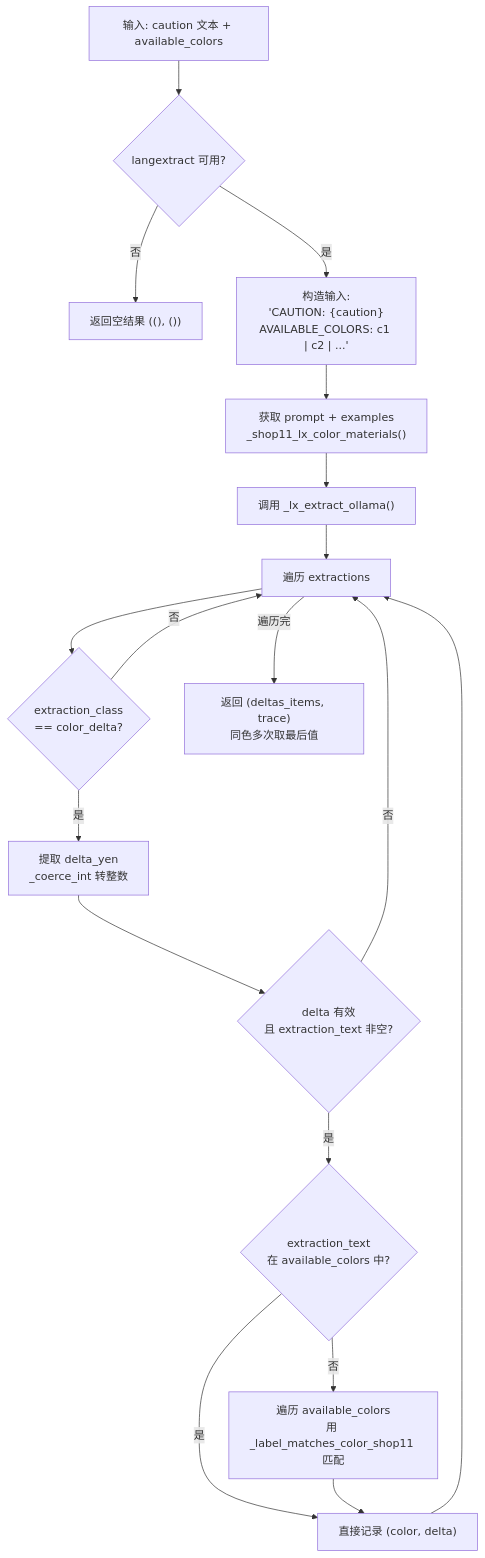
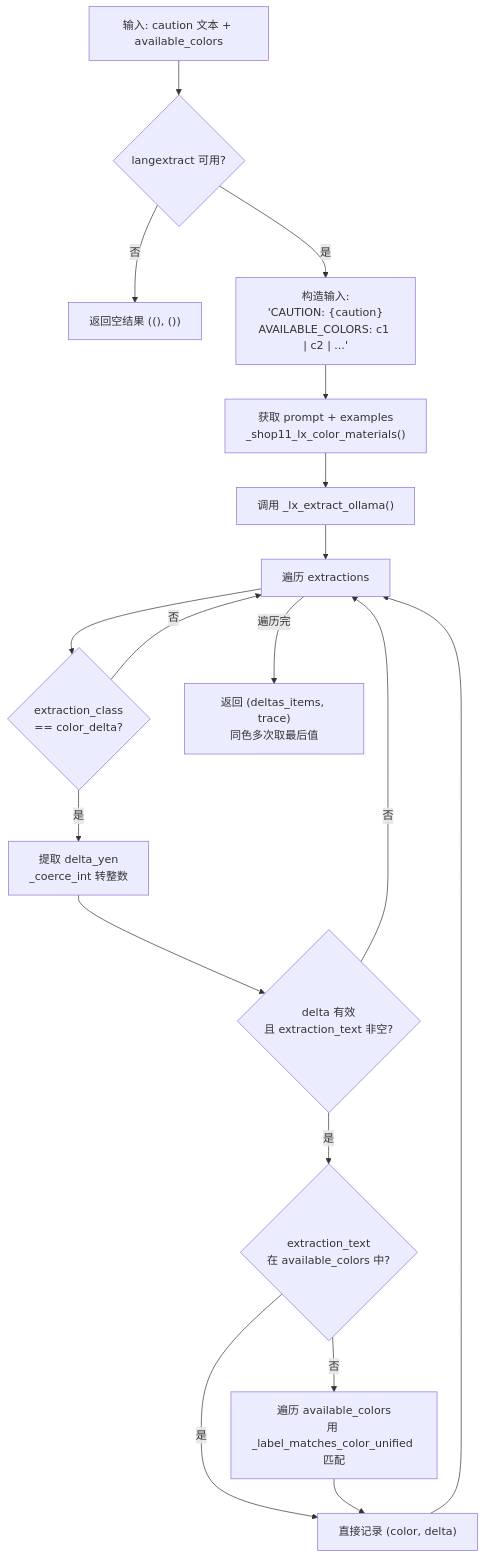
Before and after one commit to zhujiansamuel/YamagotiProjects: the fourth of 12 diagrams in doc_shop/shop11_cleaner.md, drawn with Mermaid. The commit also changed other lines of this file and 44 other files, not shown here.

````diff
--- a/doc_shop/shop11_cleaner.md
+++ b/doc_shop/shop11_cleaner.md
@@ -142,20 +142,20 @@
 ```mermaid
 flowchart TD
     A["输入: caution 文本 + available_colors"] --> B{langextract 可用?}
     B -->|否| C["返回空结果 ((), ())"]
     B -->|是| D["构造输入:\n'CAUTION: {caution}\nAVAILABLE_COLORS: c1 | c2 | ...'"]
     D --> E["获取 prompt + examples\n_shop11_lx_color_materials()"]
     E --> F["调用 _lx_extract_ollama()"]
     F --> G[遍历 extractions]
     G --> H{extraction_class\n== color_delta?}
     H -->|否| G
     H -->|是| I["提取 delta_yen\n_coerce_int 转整数"]
     I --> J{delta 有效\n且 extraction_text 非空?}
     J -->|否| G
     J -->|是| K{extraction_text\n在 available_colors 中?}
     K -->|是| L["直接记录 (color, delta)"]
-    K -->|否| M["遍历 available_colors\n用 _label_matches_color_shop11 匹配"]
+    K -->|否| M["遍历 available_colors\n用 _label_matches_color_unified 匹配"]
     M --> L
     L --> G
     G -->|遍历完| N["返回 (deltas_items, trace)\n同色多次取最后值"]
 ```
````
